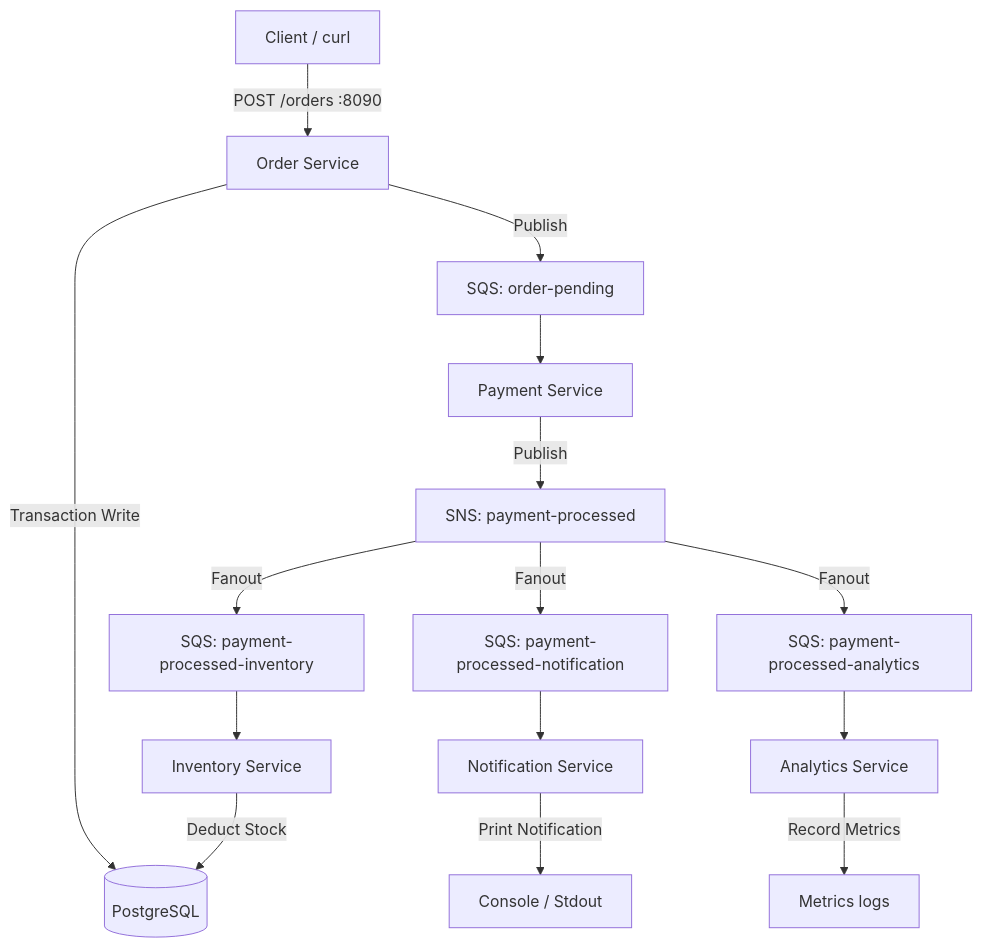
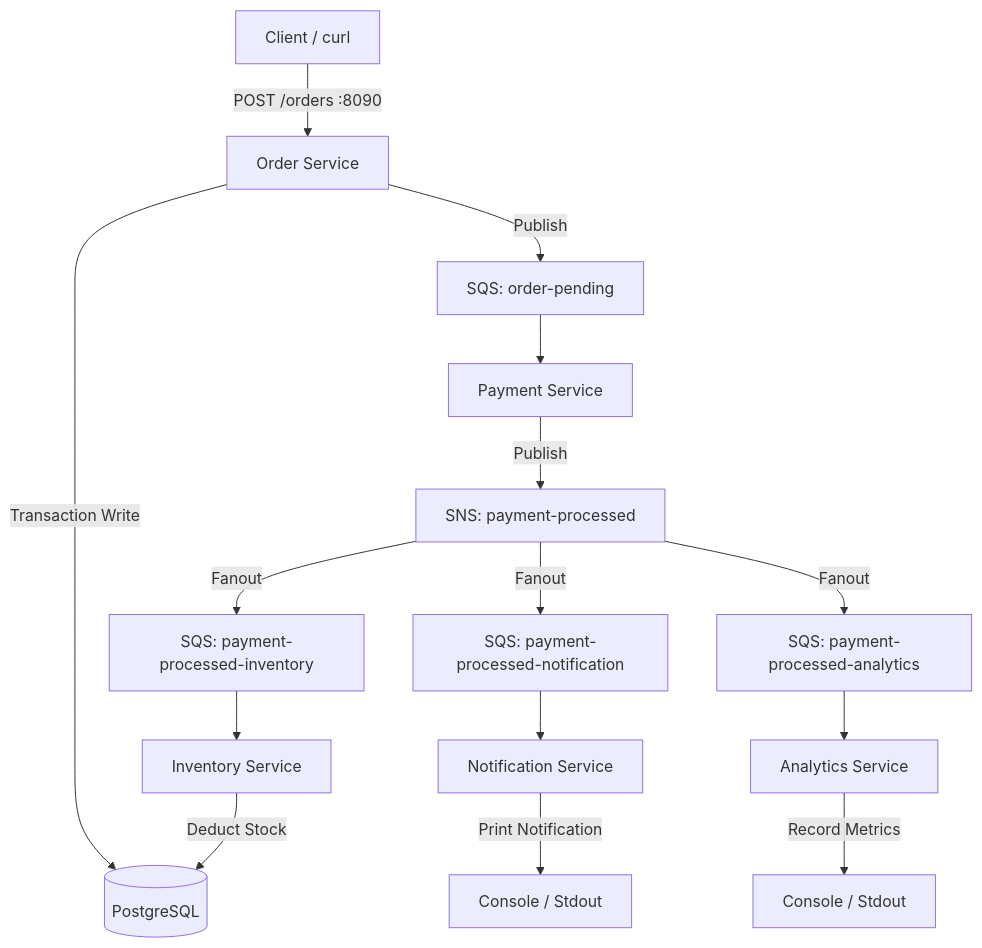
One commit to seanchuatech/order-processing-system changed the first of 4 diagrams in README.md. Above: the diagram before and after it, drawn with Mermaid. The commit also changed other lines of this file and 5 other files, not shown here.

Commit message:
docs: update architecture documentation and simplify local infrastructure stack

````diff
--- a/README.md
+++ b/README.md
@@ -16,17 +17,17 @@
 ```mermaid
 graph TD
     Client[Client / curl] -->|POST /orders :8090| OS[Order Service]
     OS -->|Transaction Write| DB[(PostgreSQL)]
     OS -->|Publish| SQS_Pending[SQS: order-pending]
     SQS_Pending --> PS[Payment Service]
     PS -->|Publish| SNS_Processed[SNS: payment-processed]
     SNS_Processed -->|Fanout| SQS_Notification[SQS: payment-processed-notification]
     SNS_Processed -->|Fanout| SQS_Inventory[SQS: payment-processed-inventory]
     SNS_Processed -->|Fanout| SQS_Analytics[SQS: payment-processed-analytics]
     SQS_Notification --> NS[Notification Service]
     SQS_Inventory --> IS[Inventory Service]
     SQS_Analytics --> AS[Analytics Service]
     NS -->|Print Notification| Logs[Console / Stdout]
     IS -->|Deduct Stock| DB
-    AS -->|Record Metrics| AnalyticsLogs[Metrics logs]
+    AS -->|Record Metrics| AnalyticsLogs[Console / Stdout]
 ```
````
